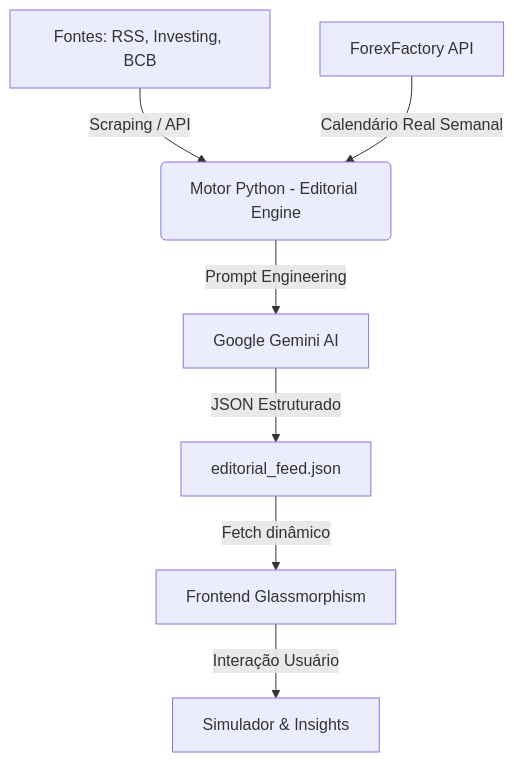
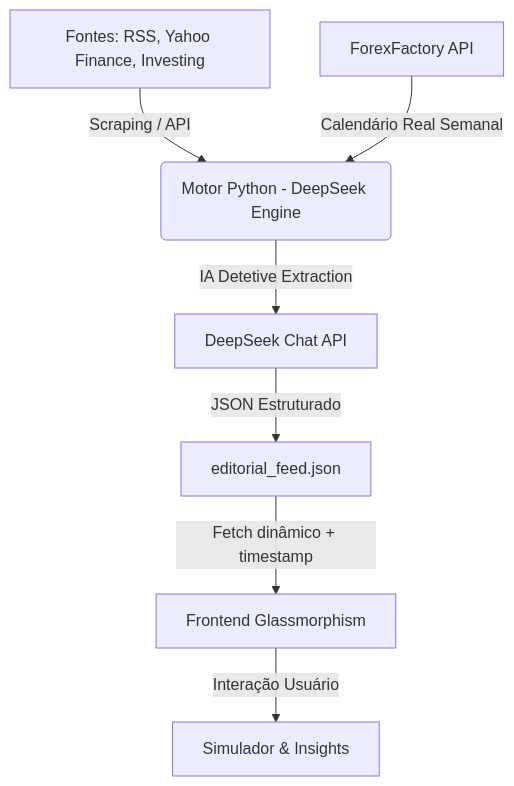
Before and after one commit to EricMacedo10/Trilha-dos-Juros: the diagram in 2_Documentacao_do_Sistema/README.md, drawn with Mermaid. The commit also changed other lines of this file and 3 other files, not shown here.

Commit message:
docs: Documentação sincronizada com arquitetura DeepSeek v2.1

````diff
--- a/2_Documentacao_do_Sistema/README.md
+++ b/2_Documentacao_do_Sistema/README.md
@@ -44,9 +41,9 @@
 ```mermaid
 graph TD
-    A[Fontes: RSS, Investing, BCB] -->|Scraping / API| B(Motor Python - Editorial Engine)
+    A[Fontes: RSS, Yahoo Finance, Investing] -->|Scraping / API| B(Motor Python - DeepSeek Engine)
     FF[ForexFactory API] -->|Calendário Real Semanal| B
-    B -->|Prompt Engineering| C[Google Gemini AI]
+    B -->|IA Detetive Extraction| C[DeepSeek Chat API]
     C -->|JSON Estruturado| D[editorial_feed.json]
-    D -->|Fetch dinâmico| E[Frontend Glassmorphism]
+    D -->|Fetch dinâmico + timestamp| E[Frontend Glassmorphism]
     E -->|Interação Usuário| F[Simulador & Insights]
 ```
````
